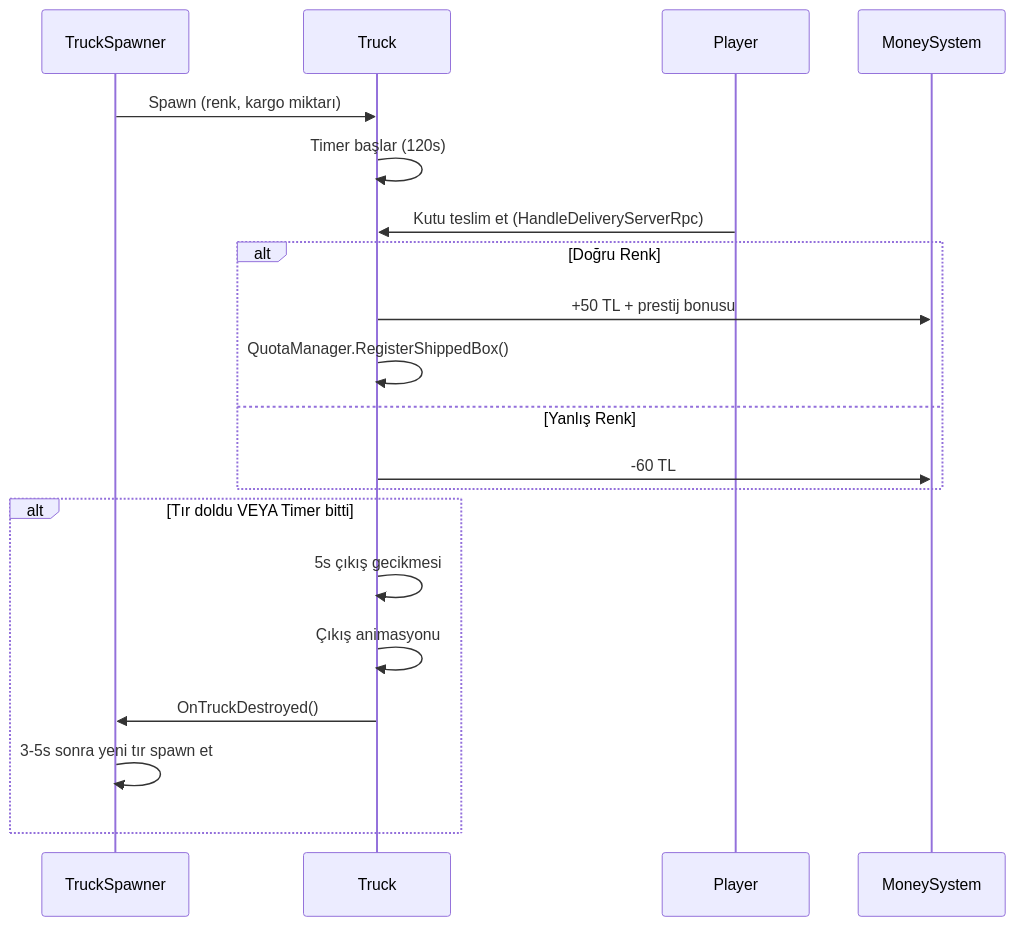
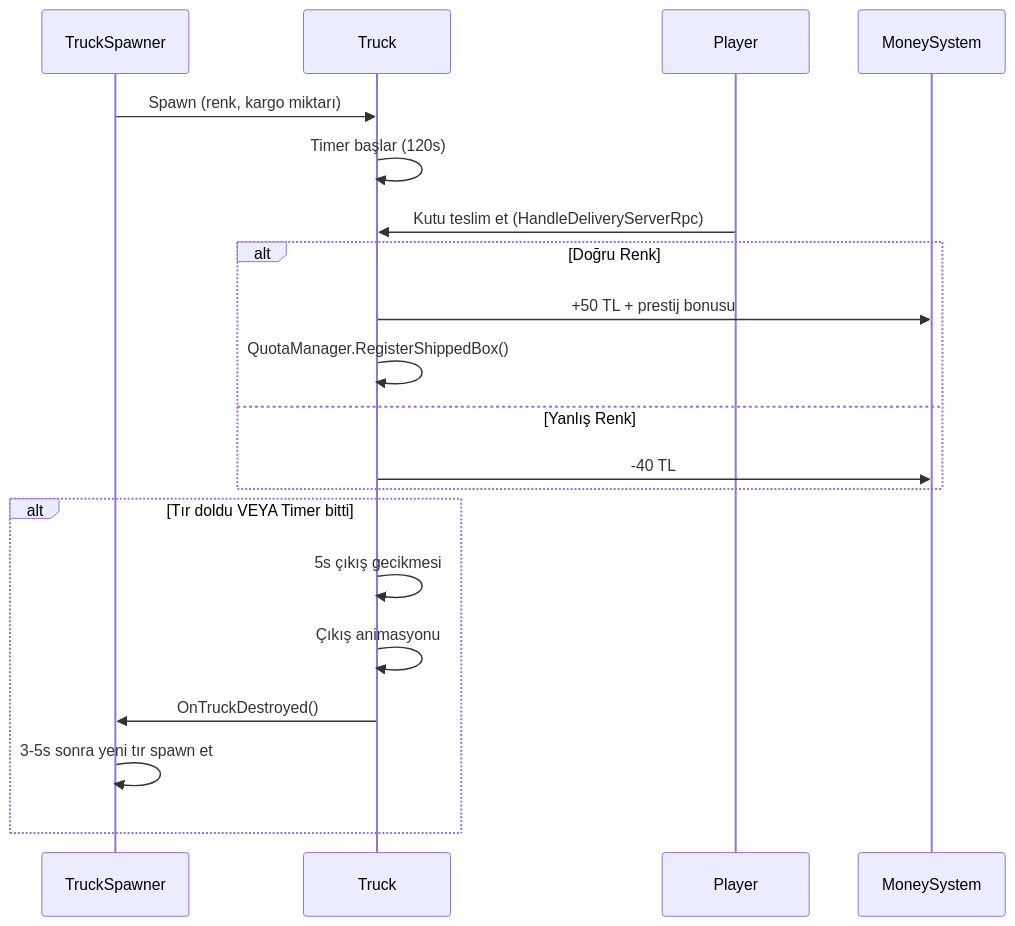
The fourth of 11 diagrams in GDD.md (Thefec/Cargor), drawn with Mermaid before and after one commit. The commit also changed other lines of this file and 2 other files, not shown here.

````diff
--- a/GDD.md
+++ b/GDD.md
@@ -418,25 +419,25 @@
 ```mermaid
 sequenceDiagram
     participant S as TruckSpawner
     participant T as Truck
     participant P as Player
     participant M as MoneySystem
 
     S->>T: Spawn (renk, kargo miktarı)
     T->>T: Timer başlar (120s)
     P->>T: Kutu teslim et (HandleDeliveryServerRpc)
     
     alt Doğru Renk
         T->>M: +50 TL + prestij bonusu
         T->>T: QuotaManager.RegisterShippedBox()
     else Yanlış Renk
-        T->>M: -60 TL
+        T->>M: -40 TL
     end
     
     alt Tır doldu VEYA Timer bitti
         T->>T: 5s çıkış gecikmesi
         T->>T: Çıkış animasyonu
         T->>S: OnTruckDestroyed()
         S->>S: 3-5s sonra yeni tır spawn et
     end
 ```
````
